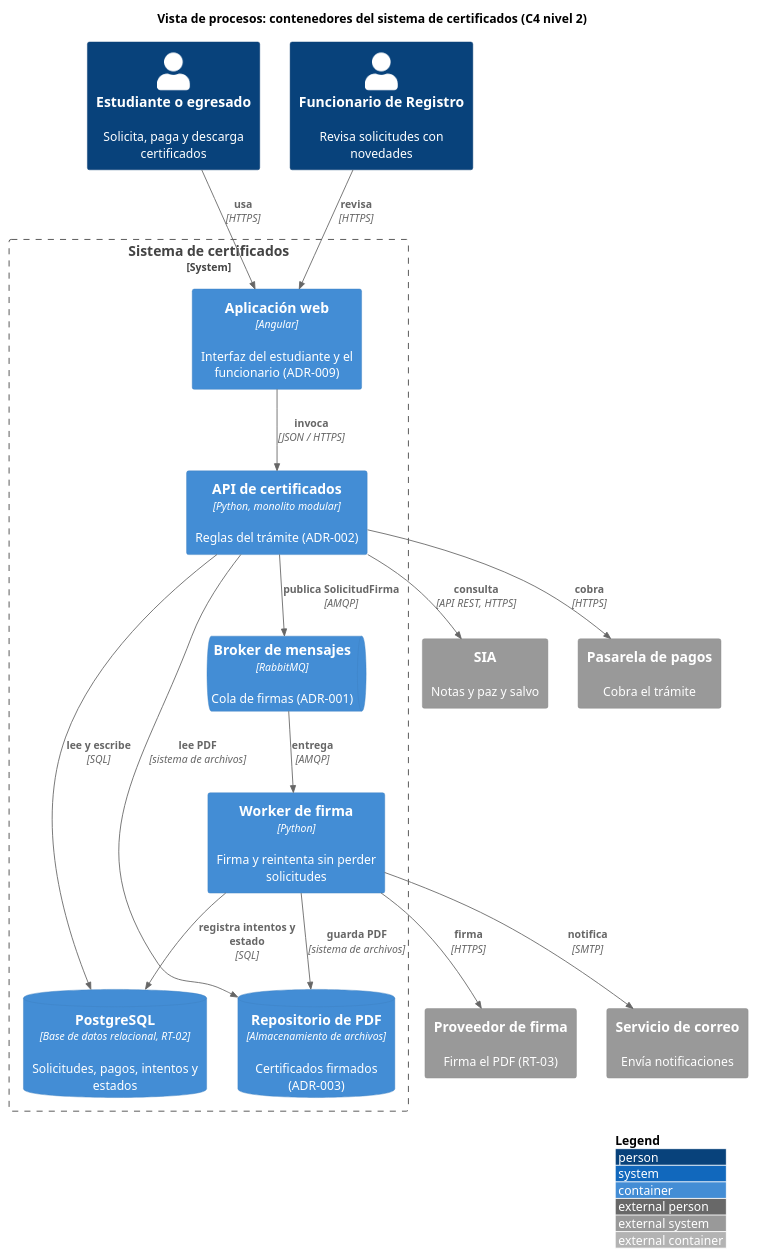
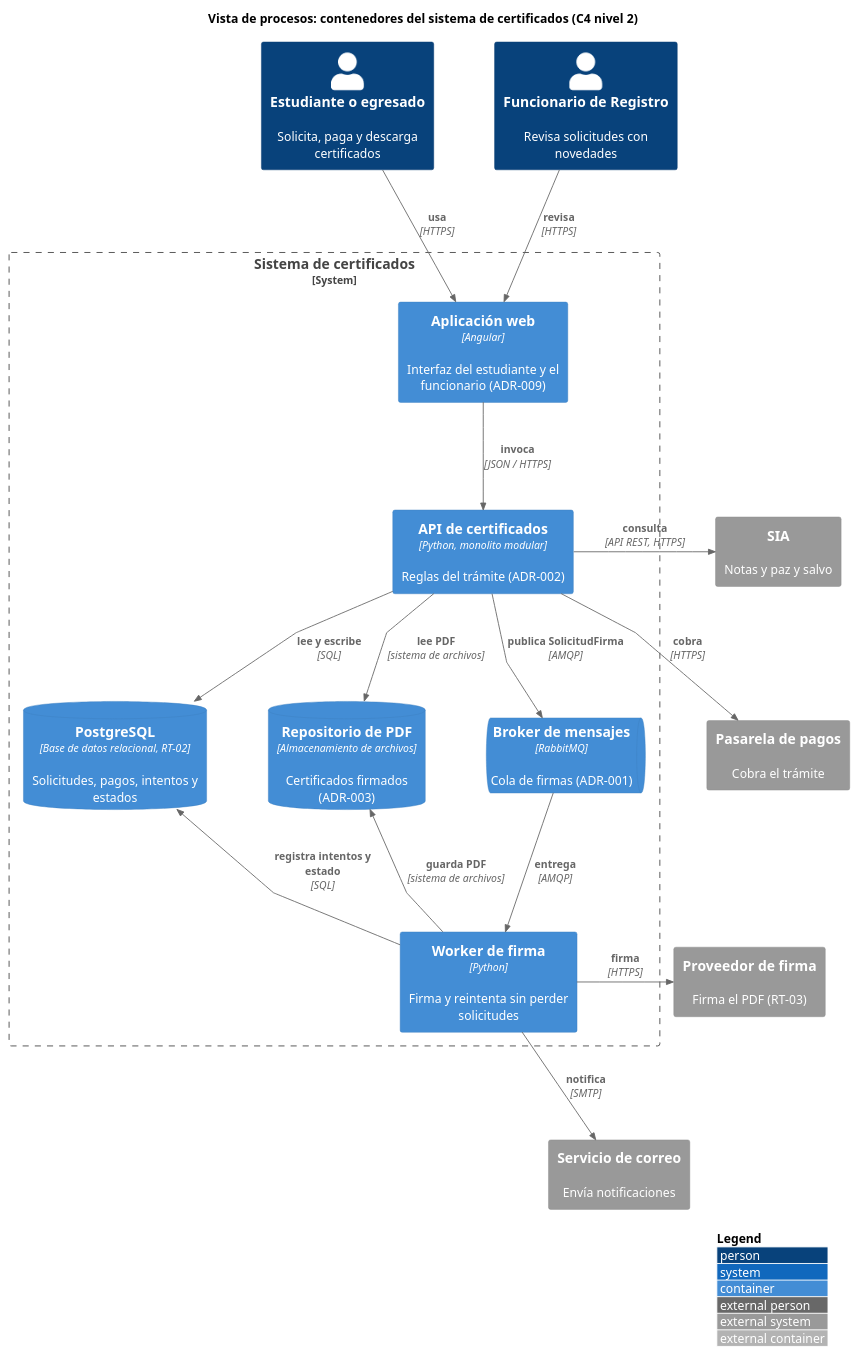
The diagram in docs/diagramas/02-procesos.puml (johnny9052/certificados), drawn with PlantUML before and after one commit. The commit also changed 38 other files, not shown here.

```diff
--- a/docs/diagramas/02-procesos.puml
+++ b/docs/diagramas/02-procesos.puml
@@ -1,36 +1,48 @@
 @startuml procesos
 !include <C4/C4_Container>
 LAYOUT_WITH_LEGEND()
+skinparam linetype polyline
+skinparam nodesep 70
+skinparam ranksep 90
 title Vista de procesos: contenedores del sistema de certificados (C4 nivel 2)
 
 Person(estudiante, "Estudiante o egresado", "Solicita, paga y descarga certificados")
 Person(funcionario, "Funcionario de Registro", "Revisa solicitudes con novedades")
 
 System_Boundary(sistema, "Sistema de certificados") {
   Container(web, "Aplicación web", "Angular", "Interfaz del estudiante y el funcionario (ADR-009)")
   Container(api, "API de certificados", "Python, monolito modular", "Reglas del trámite (ADR-002)")
+  ContainerDb(db, "PostgreSQL", "Base de datos relacional, RT-02", "Solicitudes, pagos, intentos y estados")
+  ContainerDb(pdf, "Repositorio de PDF", "Almacenamiento de archivos", "Certificados firmados (ADR-003)")
   ContainerQueue(broker, "Broker de mensajes", "RabbitMQ", "Cola de firmas (ADR-001)")
   Container(worker, "Worker de firma", "Python", "Firma y reintenta sin perder solicitudes")
-  ContainerDb(db, "PostgreSQL", "Base de datos relacional, RT-02", "Solicitudes, pagos, intentos y estados")
-  ContainerDb(pdf, "Repositorio de PDF", "Almacenamiento de archivos", "Certificados firmados (ADR-003)")
 }
 
 System_Ext(sia, "SIA", "Notas y paz y salvo")
 System_Ext(pagos, "Pasarela de pagos", "Cobra el trámite")
 System_Ext(firma, "Proveedor de firma", "Firma el PDF (RT-03)")
 System_Ext(correo, "Servicio de correo", "Envía notificaciones")
 
-Rel(estudiante, web, "usa", "HTTPS")
-Rel(funcionario, web, "revisa", "HTTPS")
-Rel(web, api, "invoca", "JSON / HTTPS")
-Rel(api, db, "lee y escribe", "SQL")
-Rel(api, broker, "publica SolicitudFirma", "AMQP")
-Rel(api, sia, "consulta", "API REST, HTTPS")
-Rel(api, pagos, "cobra", "HTTPS")
-Rel(api, pdf, "lee PDF", "sistema de archivos")
-Rel(broker, worker, "entrega", "AMQP")
-Rel(worker, firma, "firma", "HTTPS")
-Rel(worker, pdf, "guarda PDF", "sistema de archivos")
-Rel(worker, db, "registra intentos y estado", "SQL")
-Rel(worker, correo, "notifica", "SMTP")
+Lay_R(estudiante, funcionario)
+Lay_R(db, pdf)
+Lay_R(pdf, broker)
+Lay_D(sia, pagos)
+Lay_D(firma, correo)
+
+Rel_D(estudiante, web, "usa", "HTTPS")
+Rel_D(funcionario, web, "revisa", "HTTPS")
+Rel_D(web, api, "invoca", "JSON / HTTPS")
+
+Rel_R(api, sia, "consulta", "API REST, HTTPS")
+Rel_R(api, pagos, "cobra", "HTTPS")
+
+Rel_D(api, db, "lee y escribe", "SQL")
+Rel_D(api, pdf, "lee PDF", "sistema de archivos")
+Rel_D(api, broker, "publica SolicitudFirma", "AMQP")
+
+Rel_D(broker, worker, "entrega", "AMQP")
+Rel_L(worker, pdf, "guarda PDF", "sistema de archivos")
+Rel_L(worker, db, "registra intentos y estado", "SQL")
+Rel_R(worker, firma, "firma", "HTTPS")
+Rel_R(worker, correo, "notifica", "SMTP")
 @enduml
```
